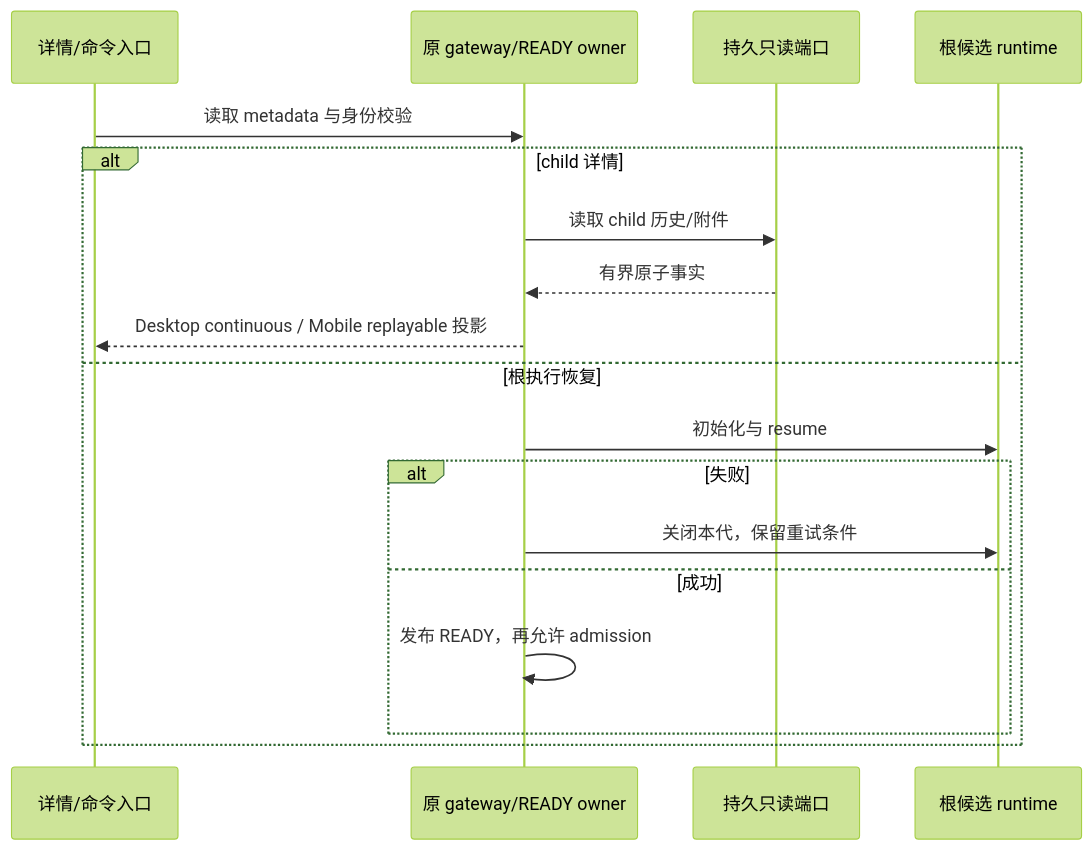
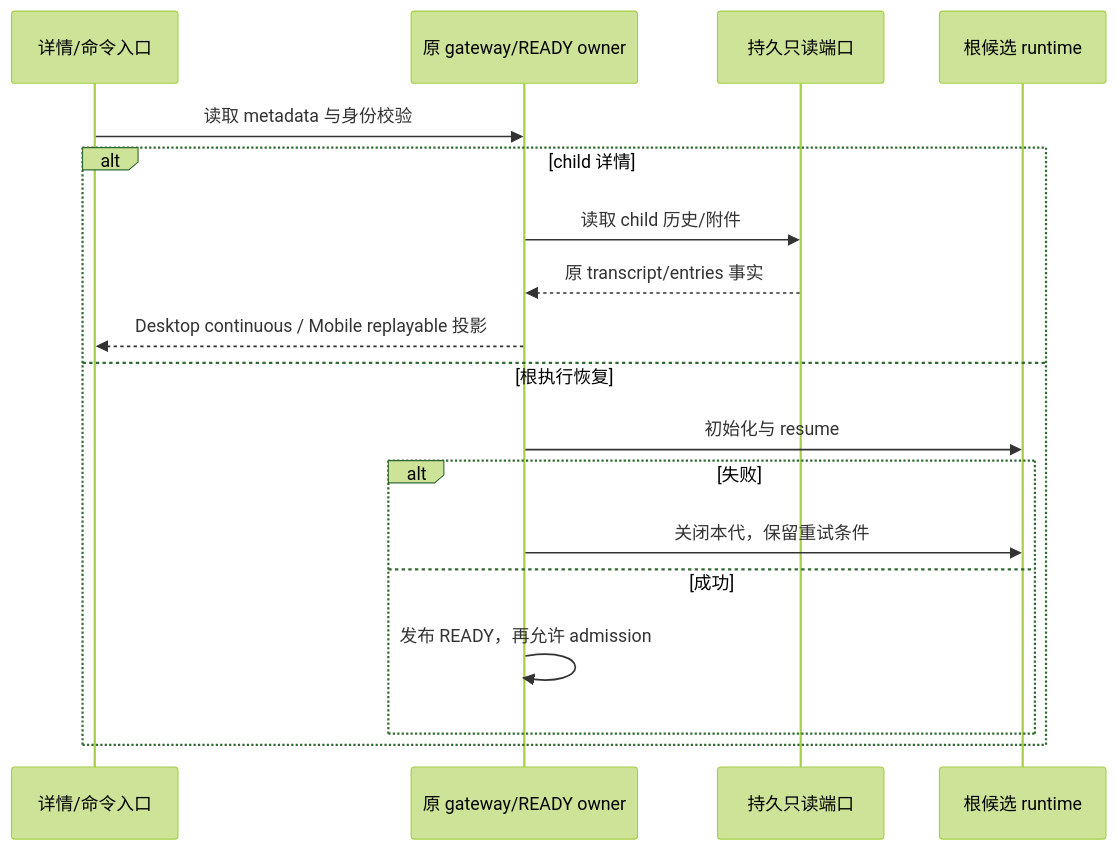
Before and after one commit to lemon-casino/LemonCode: the diagram in specs/subagent-history-and-resume-ownership.md, drawn with Mermaid (forest theme). The commit also changed other lines of this file and 44 other files, not shown here.

````diff
--- a/specs/subagent-history-and-resume-ownership.md
+++ b/specs/subagent-history-and-resume-ownership.md
@@ -18,20 +25,20 @@
 ```mermaid
 sequenceDiagram
     participant U as 详情/命令入口
     participant O as 原 gateway/READY owner
     participant S as 持久只读端口
     participant R as 根候选 runtime
     U->>O: 读取 metadata 与身份校验
     alt child 详情
         O->>S: 读取 child 历史/附件
-        S-->>O: 有界原子事实
+        S-->>O: 原 transcript/entries 事实
         O-->>U: Desktop continuous / Mobile replayable 投影
     else 根执行恢复
         O->>R: 初始化与 resume
         alt 失败
             O->>R: 关闭本代，保留重试条件
         else 成功
             O->>O: 发布 READY，再允许 admission
         end
     end
 ```
````
